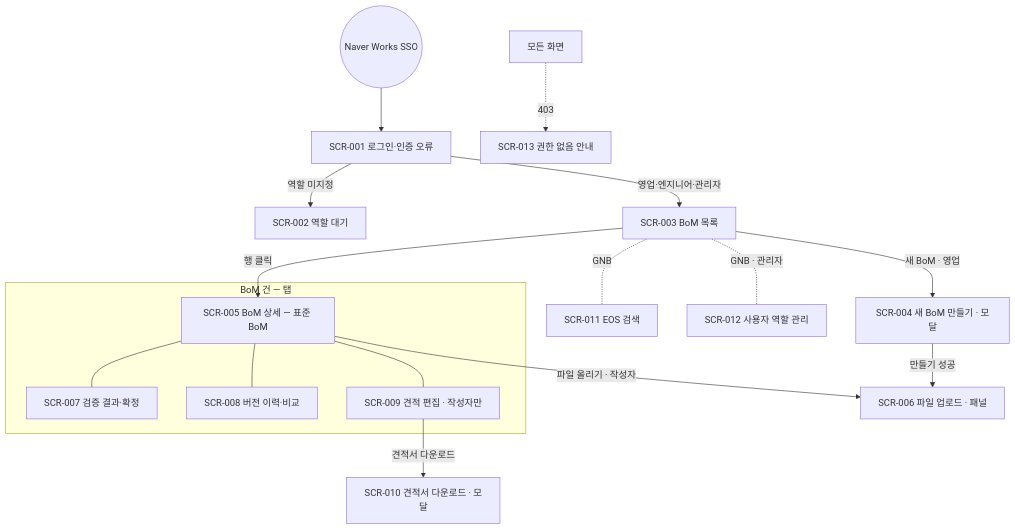
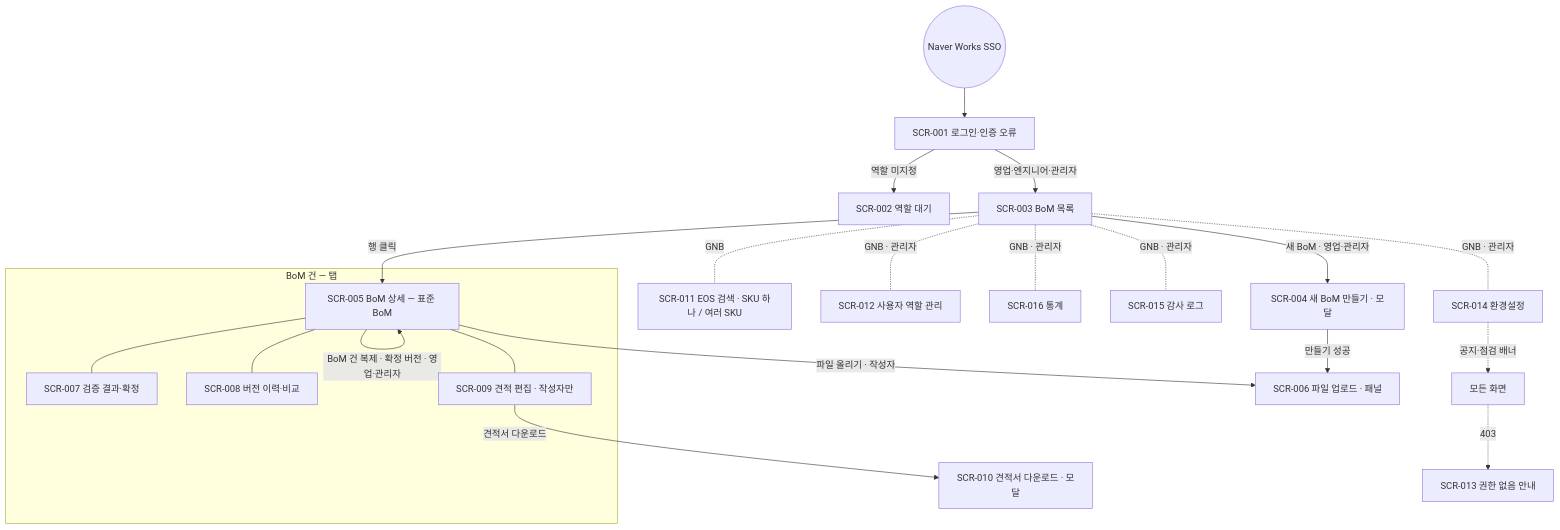
One commit to leoyun2010/planloop changed the first of 7 diagrams in projects/bom-auto/03-ia.md. Above: the diagram before and after it, drawn with Mermaid. The commit also changed other lines of this file and 37 other files, not shown here.

````diff
--- a/projects/bom-auto/03-ia.md
+++ b/projects/bom-auto/03-ia.md
@@ -16,22 +17,27 @@
 ```mermaid
 graph TD
     SSO((Naver Works SSO)) --> LOGIN[SCR-001 로그인·인증 오류]
     LOGIN -->|역할 미지정| PEND[SCR-002 역할 대기]
     LOGIN -->|영업·엔지니어·관리자| LIST[SCR-003 BoM 목록]
 
-    LIST -->|새 BoM · 영업| NEW[SCR-004 새 BoM 만들기 · 모달]
+    LIST -->|새 BoM · 영업·관리자| NEW[SCR-004 새 BoM 만들기 · 모달]
     LIST -->|행 클릭| BOM[SCR-005 BoM 상세 — 표준 BoM]
     NEW -->|만들기 성공| UP
 
     subgraph BOMCASE[BoM 건 — 탭]
       BOM --- VAL[SCR-007 검증 결과·확정]
       BOM --- VER[SCR-008 버전 이력·비교]
       BOM --- QUO[SCR-009 견적 편집 · 작성자만]
     end
     BOM -->|파일 올리기 · 작성자| UP[SCR-006 파일 업로드 · 패널]
+    BOM -->|BoM 건 복제 · 확정 버전 · 영업·관리자| BOM
     QUO -->|견적서 다운로드| DOC[SCR-010 견적서 다운로드 · 모달]
 
-    LIST -.GNB.- EOS[SCR-011 EOS 검색]
+    LIST -.GNB.- EOS[SCR-011 EOS 검색 · SKU 하나 / 여러 SKU]
     LIST -.GNB · 관리자.- USR[SCR-012 사용자 역할 관리]
+    LIST -.GNB · 관리자.- STA[SCR-016 통계]
+    LIST -.GNB · 관리자.- AUD[SCR-015 감사 로그]
+    LIST -.GNB · 관리자.- SET[SCR-014 환경설정]
     ANY[모든 화면] -.403.-> DENY[SCR-013 권한 없음 안내]
+    SET -.공지·점검 배너.-> ANY
 ```
````
